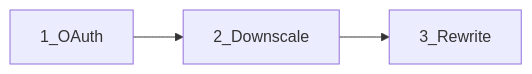
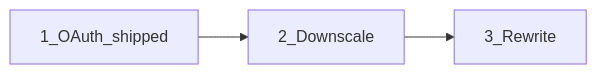
The diagram in docs/ROADMAP_PLAN.md (mixeme/imap-scrub), drawn with Mermaid before and after one commit. The commit also changed other lines of this file and 13 other files, not shown here.

````diff
--- a/docs/ROADMAP_PLAN.md
+++ b/docs/ROADMAP_PLAN.md
@@ -7,5 +7,5 @@
 ```mermaid
 flowchart LR
-  oauth[1_OAuth] --> downscale[2_Downscale]
+  oauth[1_OAuth_shipped] --> downscale[2_Downscale]
   downscale --> rewrite[3_Rewrite]
 ```
````
